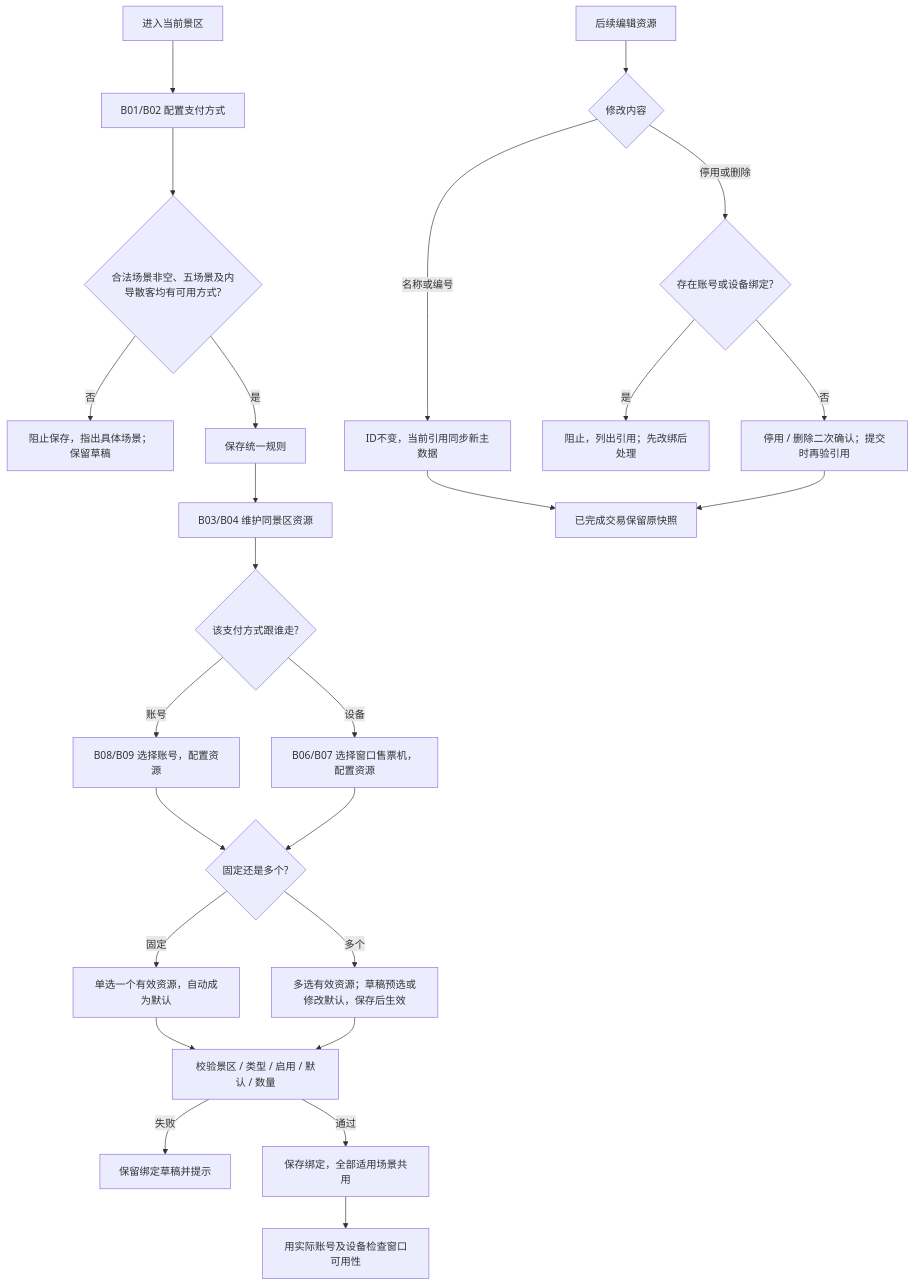
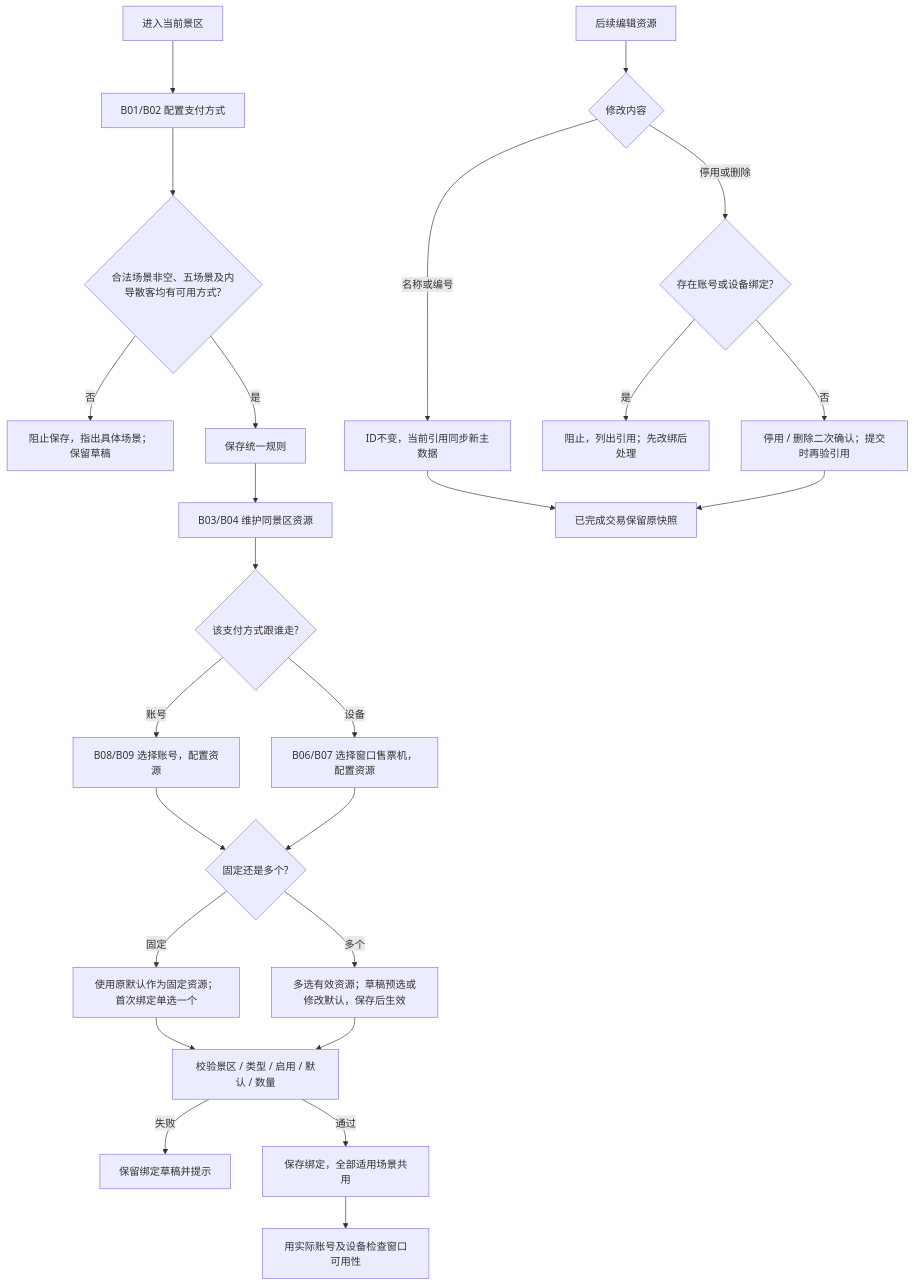
Before and after one commit to susantung/yanuoda: the third of 12 diagrams in dev-test-versions/2026-v3.6-payment-configuration-20261019/02-全程流程图.md, drawn with Mermaid. The commit also changed other lines of this file and 15 other files, not shown here.

Commit message:
V3.6：更新开发确认规则、逐页方案与流程图

````diff
--- a/dev-test-versions/2026-v3.6-payment-configuration-20261019/02-全程流程图.md
+++ b/dev-test-versions/2026-v3.6-payment-configuration-20261019/02-全程流程图.md
@@ -84,27 +84,27 @@
 ```mermaid
 flowchart TB
   A[进入当前景区] --> P[B01/B02 配置支付方式]
   P --> C{合法场景非空、五场景及内导散客均有可用方式?}
   C -->|否| E[阻止保存，指出具体场景；保留草稿]
   C -->|是| SAVE[保存统一规则]
   SAVE --> RES[B03/B04 维护同景区资源]
   RES --> BIND{该支付方式跟谁走?}
   BIND -->|账号| ACC[B08/B09 选择账号，配置资源]
   BIND -->|设备| DEV[B06/B07 选择窗口售票机，配置资源]
   ACC --> USE{固定还是多个?}
   DEV --> USE
-  USE -->|固定| ONE[单选一个有效资源，自动成为默认]
+  USE -->|固定| ONE[使用原默认作为固定资源；首次绑定单选一个]
   USE -->|多个| MANY[多选有效资源；草稿预选或修改默认，保存后生效]
   ONE --> V[校验景区 / 类型 / 启用 / 默认 / 数量]
   MANY --> V
   V -->|失败| ERR[保留绑定草稿并提示]
   V -->|通过| BS[保存绑定，全部适用场景共用]
   BS --> TEST[用实际账号及设备检查窗口可用性]
   CHANGE[后续编辑资源] --> TYPE{修改内容}
   TYPE -->|名称或编号| EDIT[ID不变，当前引用同步新主数据]
   TYPE -->|停用或删除| REF{存在账号或设备绑定?}
   REF -->|是| BLOCK[阻止，列出引用；先改绑后处理]
   REF -->|否| REMOVE[停用 / 删除二次确认；提交时再验引用]
   EDIT --> HIST[已完成交易保留原快照]
   REMOVE --> HIST
 ```
````
